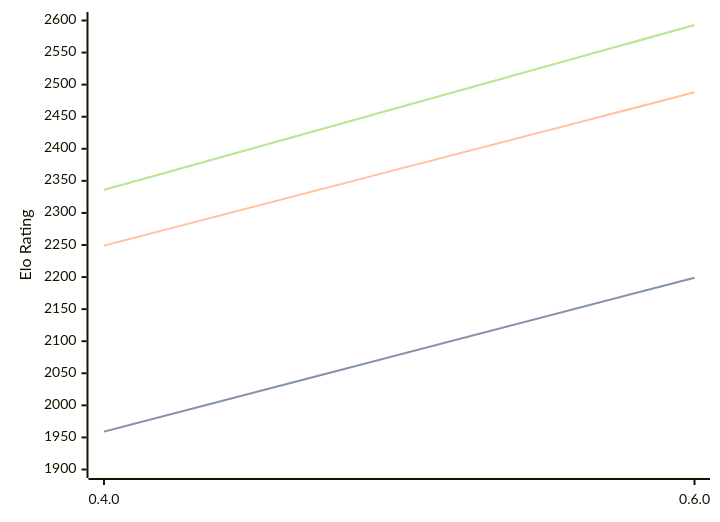
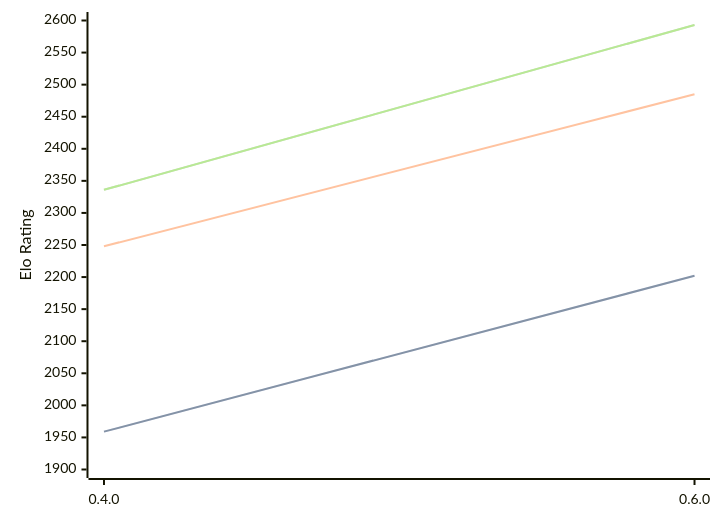
One commit to computer-chess-index/cci changed the diagram in engines/Ariadne.md. Above: the diagram before and after it, drawn with Mermaid. The commit also changed other lines of this file, not shown here.

````diff
--- a/engines/Ariadne.md
+++ b/engines/Ariadne.md
@@ -36,11 +36,11 @@
 ```mermaid
 %%{init: {"theme":"base","themeVariables":{"seriesColors:['#a3a3a3','#222221','#faa371']}}}%%
 xychart-beta
   x-axis ["0.4.0", "0.6.0"]
   y-axis "Elo Rating" 1900 --> 2600
-  line "" [1959, 2199]
-  line "STC (8.0+0.08s)" [1959, 2199]
-  line "LTC (60.0+0.60s)" [2249, 2488]
+  line "" [1959, 2202]
+  line "STC (8.0+0.08s)" [1959, 2202]
+  line "LTC (60.0+0.60s)" [2248, 2485]
   line "" [2336, 2593]
   line "VLTC (2m24s+1.12s)" [2336, 2593]
 ```
````
